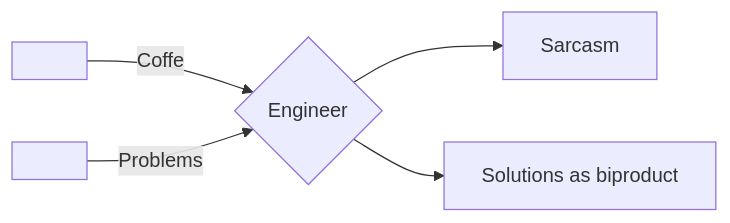
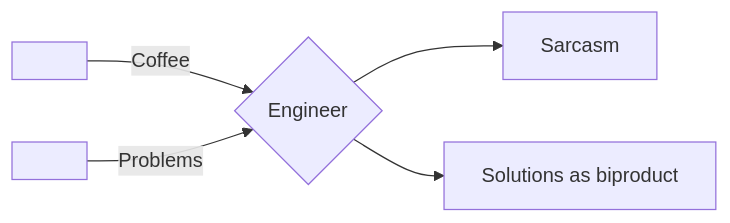
Before and after one commit to apakhbari/apakhbari: the diagram in README.md, drawn with Mermaid.

````diff
--- a/README.md
+++ b/README.md
@@ -3,7 +3,7 @@
 ```mermaid
 graph LR;
-A[ ]-- Coffe -->C{Engineer};
+A[ ]-- Coffee -->C{Engineer};
 B[ ]-- Problems -->C{Engineer};
 C{Engineer}-->E[Sarcasm];
 C{Engineer}-->D[Solutions as biproduct];
 ```
````
